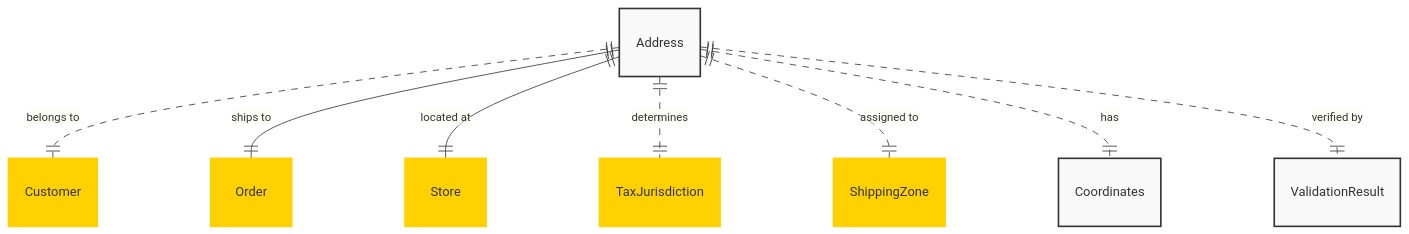
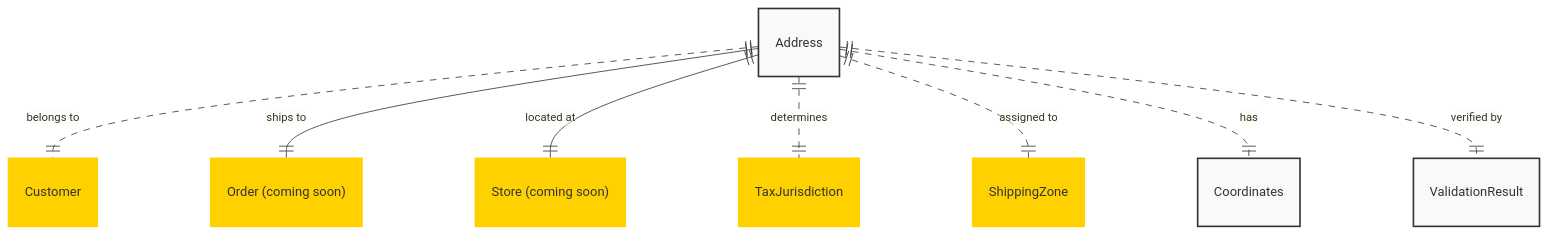
The diagram in models/entities/utilities/address.md (devondragon/standards), drawn with Mermaid before and after one commit. The commit also changed other lines of this file and 6 other files, not shown here.

Commit message:
Update entity documentation and status definitions across multiple files; enhance address utility object with additional status options.

````diff
--- a/models/entities/utilities/address.md
+++ b/models/entities/utilities/address.md
@@ -825,13 +825,13 @@
 ```mermaid
 erDiagram
     Address:::utility 1 optionally to 1 Customer:::entity : "belongs to"
-    Address 1 to 1 Order:::entity : "ships to"
-    Address 1 to 1 Store:::entity : "located at"
+    Address 1 to 1 "Order (coming soon)":::entity : "ships to"
+    Address 1 to 1 "Store (coming soon)":::entity : "located at"
     Address 1 optionally to 1 TaxJurisdiction:::entity : "determines"
     Address 1 optionally to 1 ShippingZone:::entity : "assigned to"
     Address 1 optionally to 1 Coordinates:::utility : "has"
     Address 1 optionally to 1 ValidationResult:::utility : "verified by"
 
 classDef utility fill:#f9f9f9, stroke:#333,stroke-width:2px
 classDef entity fill:#ffd100, stroke:#ffd100,stroke-width:2px
 ```
````
